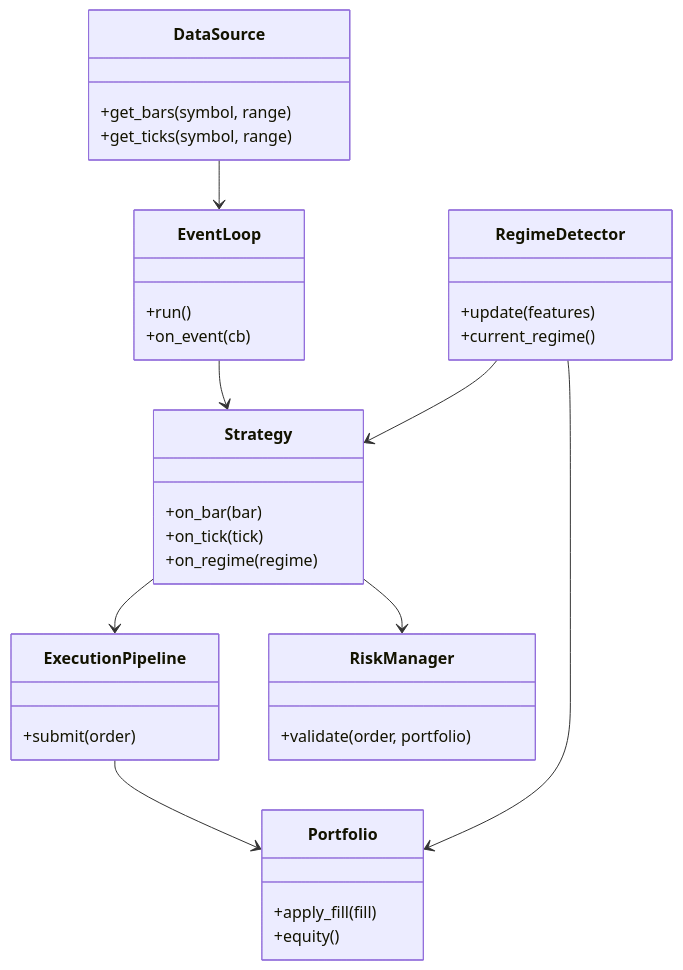
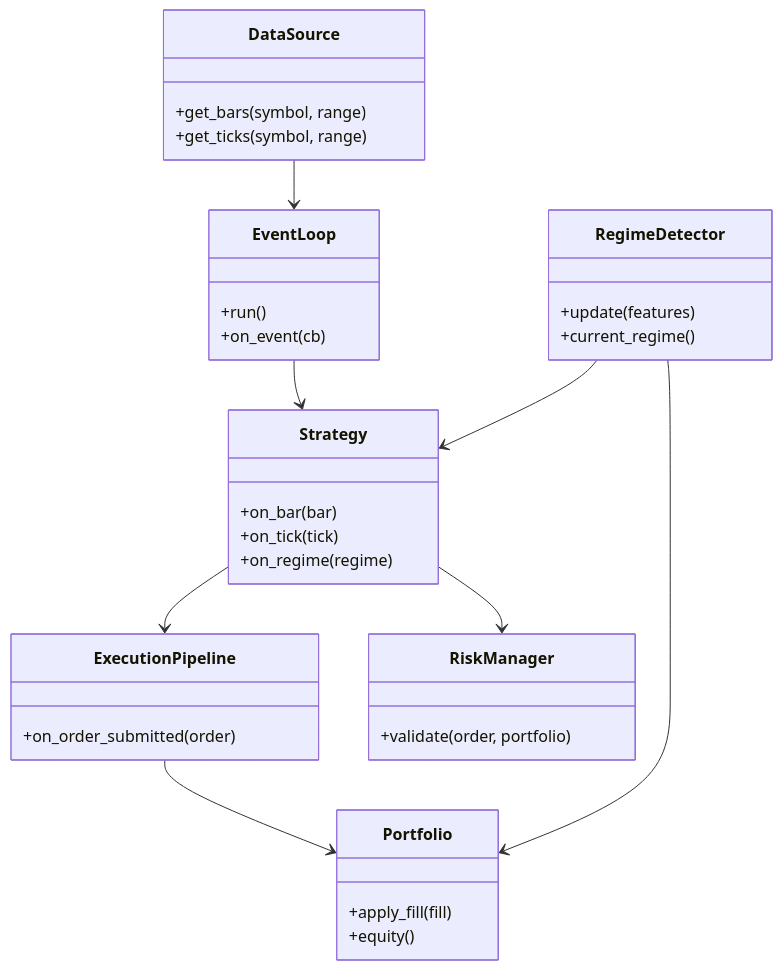
Before and after one commit to gregorian-09/regime-flow: the diagram in docs/diagrams/uml-class-diagram.md, drawn with Mermaid. The commit also changed 1 other file, not shown here.

Commit message:
docs: update execution pipeline signature

````diff
--- a/docs/diagrams/uml-class-diagram.md
+++ b/docs/diagrams/uml-class-diagram.md
@@ -3,44 +3,44 @@
 ```mermaid
 classDiagram
   class DataSource {
     +get_bars(symbol, range)
     +get_ticks(symbol, range)
   }
 
   class EventLoop {
     +run()
     +on_event(cb)
   }
 
   class Strategy {
     +on_bar(bar)
     +on_tick(tick)
     +on_regime(regime)
   }
 
   class ExecutionPipeline {
-    +submit(order)
+    +on_order_submitted(order)
   }
 
   class RiskManager {
     +validate(order, portfolio)
   }
 
   class RegimeDetector {
     +update(features)
     +current_regime()
   }
 
   class Portfolio {
     +apply_fill(fill)
     +equity()
   }
 
   DataSource --> EventLoop
   EventLoop --> Strategy
   Strategy --> ExecutionPipeline
   ExecutionPipeline --> Portfolio
   Strategy --> RiskManager
   RegimeDetector --> Strategy
   RegimeDetector --> Portfolio
 ```
````
